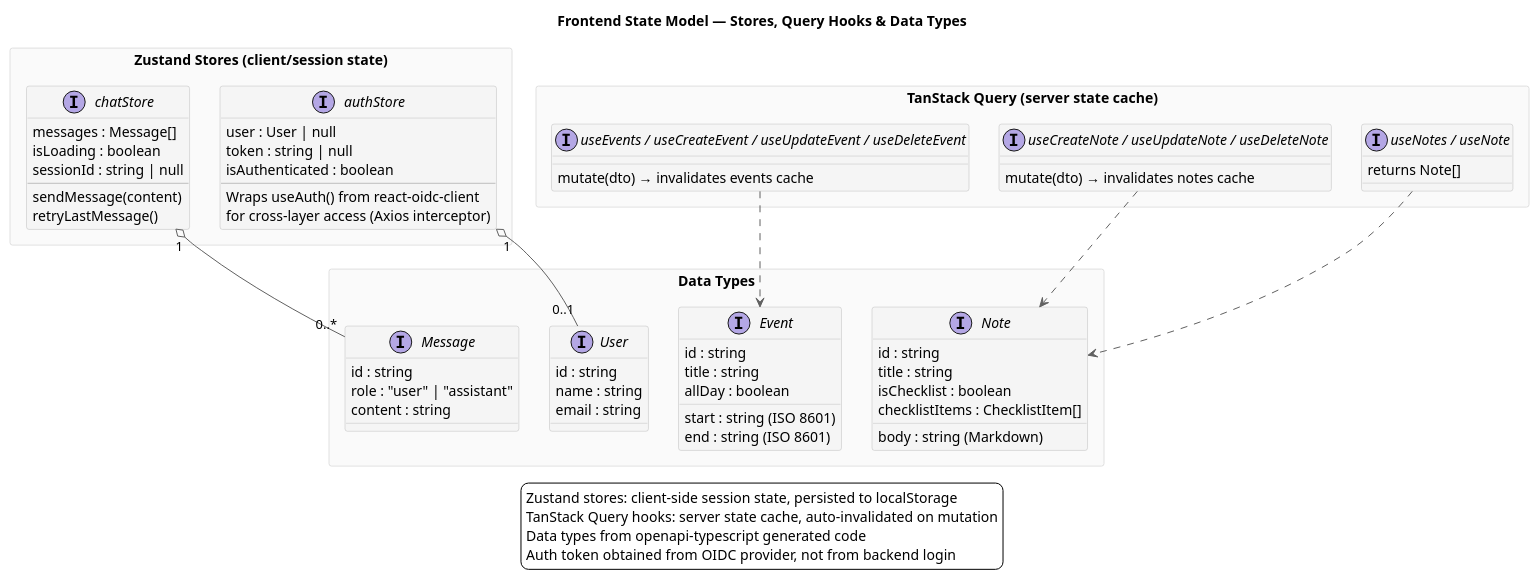
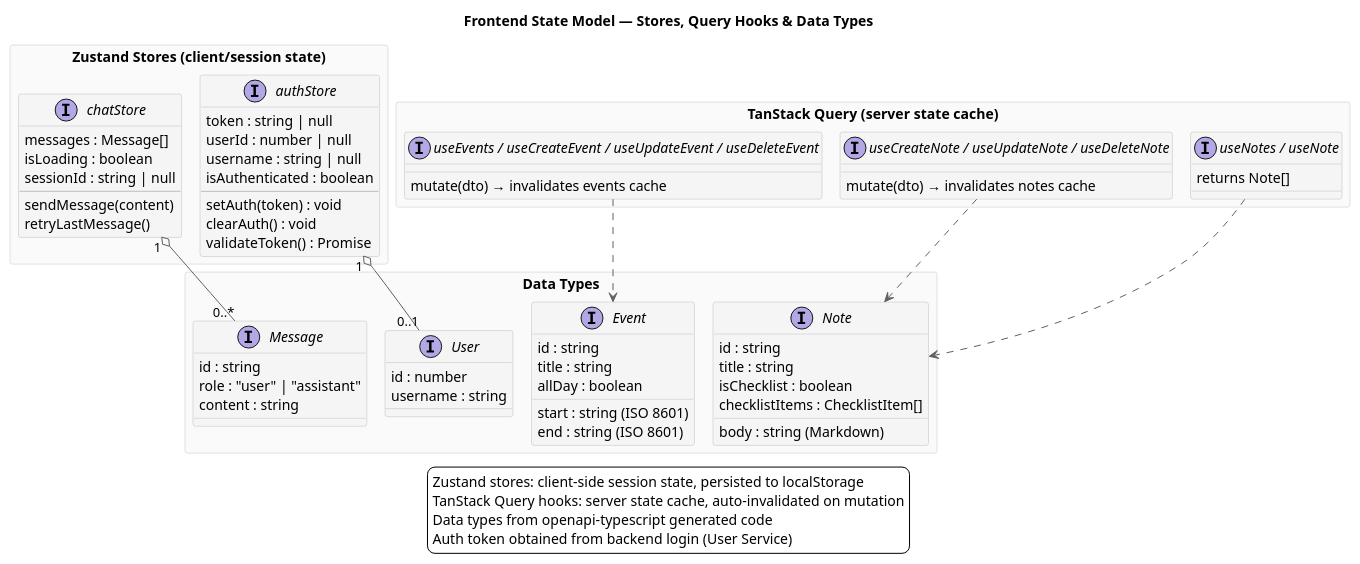
One commit to AET-DevOps26/team-devopss26 changed the diagram in docs/frontend/state-model.puml. Above: the diagram before and after it, drawn with PlantUML. The commit also changed 11 other files, not shown here.

Commit message:
implements #97: updated uml diagrams to reflect current architecture

```diff
--- a/docs/frontend/state-model.puml
+++ b/docs/frontend/state-model.puml
@@ -1,94 +1,96 @@
 @startuml
+!pragma layout smetana
 skinparam shadowing false
 skinparam nodesep 30
 skinparam ranksep 40
 
 skinparam backgroundColor #FFFFFF
 skinparam defaultTextAlignment left
 
 skinparam classBackgroundColor #F5F5F5
 skinparam classBorderColor #BDBDBD
 skinparam interfaceBackgroundColor #E3F2FD
 skinparam interfaceBorderColor #1565C0
 skinparam packageBackgroundColor #FAFAFA
 skinparam packageBorderColor #E0E0E0
 skinparam arrowColor #616161
 
 title Frontend State Model — Stores, Query Hooks & Data Types
 
 rectangle "Zustand Stores (client/session state)" as STORES {
   interface "authStore" {
-    user : User | null
     token : string | null
+    userId : number | null
+    username : string | null
     isAuthenticated : boolean
     --
-    Wraps useAuth() from react-oidc-client
-    for cross-layer access (Axios interceptor)
+    setAuth(token) : void
+    clearAuth() : void
+    validateToken() : Promise
   }
 
   interface "chatStore" {
     messages : Message[]
     isLoading : boolean
     sessionId : string | null
     --
     sendMessage(content)
     retryLastMessage()
   }
 }
 
 rectangle "TanStack Query (server state cache)" as TQ {
   interface "useNotes / useNote" {
     returns Note[]
   }
   interface "useCreateNote / useUpdateNote / useDeleteNote" {
     mutate(dto) → invalidates notes cache
   }
   interface "useEvents / useCreateEvent / useUpdateEvent / useDeleteEvent" {
     mutate(dto) → invalidates events cache
   }
 }
 
 rectangle "Data Types" as TYPES {
   interface "User" {
-    id : string
-    name : string
-    email : string
+    id : number
+    username : string
   }
 
   interface "Note" {
     id : string
     title : string
     body : string (Markdown)
     isChecklist : boolean
     checklistItems : ChecklistItem[]
   }
 
   interface "Event" {
     id : string
     title : string
     start : string (ISO 8601)
     end : string (ISO 8601)
     allDay : boolean
   }
 
   interface "Message" {
     id : string
     role : "user" | "assistant"
     content : string
   }
 }
 
 "authStore" "1" o-- "0..1" "User"
 "chatStore" "1" o-- "0..*" "Message"
 "useNotes / useNote" ..> "Note"
 "useCreateNote / useUpdateNote / useDeleteNote" ..> "Note"
 "useEvents / useCreateEvent / useUpdateEvent / useDeleteEvent" ..> "Event"
 
 legend bottom
   Zustand stores: client-side session state, persisted to localStorage
   TanStack Query hooks: server state cache, auto-invalidated on mutation
   Data types from openapi-typescript generated code
-  Auth token obtained from OIDC provider, not from backend login
+  Auth token obtained from backend login (User Service)
 endlegend
 
 @enduml
```
